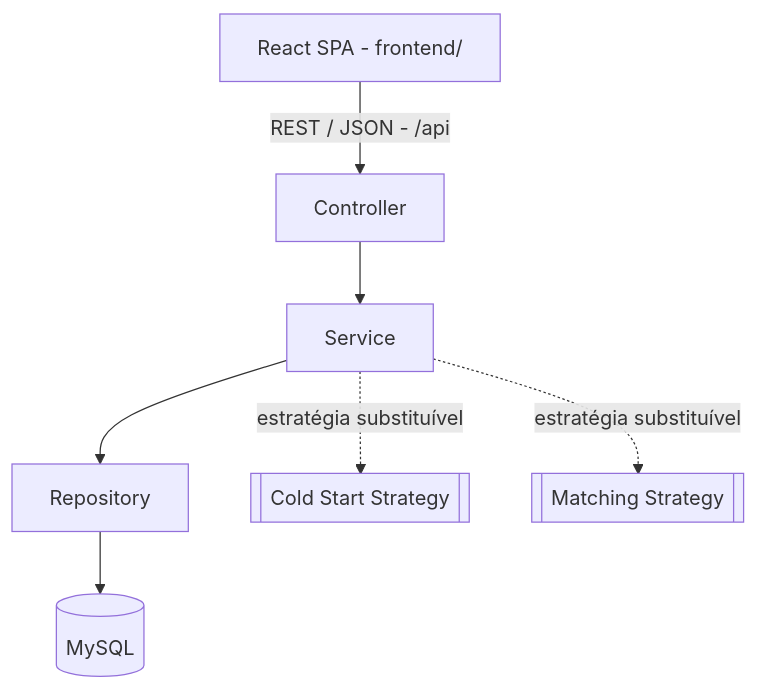
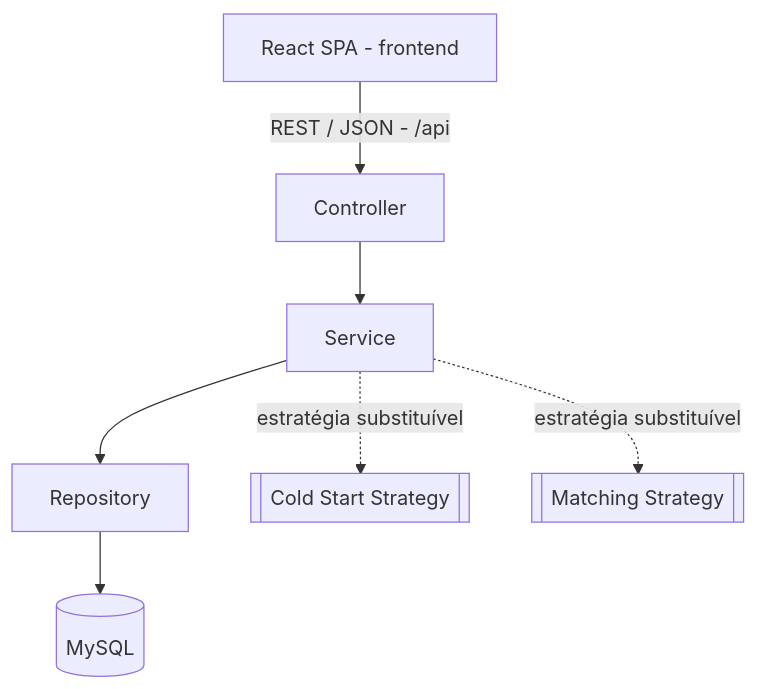
Before and after one commit to SoftwareQualityGroup3/studymatch-group3: the diagram in docs/architecture.md, drawn with Mermaid. The commit also changed other lines of this file, not shown here.

Commit message:
docs: corrige persistência MySQL na arquitetura (#18)

````diff
--- a/docs/architecture.md
+++ b/docs/architecture.md
@@ -13,10 +13,10 @@
 ```mermaid
 flowchart TD
-    A[React SPA - frontend/] -->|REST / JSON - /api| B[Controller]
-    B --> C[Service]
-    C --> D[Repository]
-    D --> E[(MySQL)]
+    A[React SPA - frontend] -->|REST / JSON - /api| B[Controller]
+B --> C[Service]
+C --> D[Repository]
+D --> E[(MySQL)]
 
-    C -. estratégia substituível .-> F[[Cold Start Strategy]]
-    C -. estratégia substituível .-> G[[Matching Strategy]]
+C -. estratégia substituível .-> F[[Cold Start Strategy]]
+C -. estratégia substituível .-> G[[Matching Strategy]]
 ```
````
